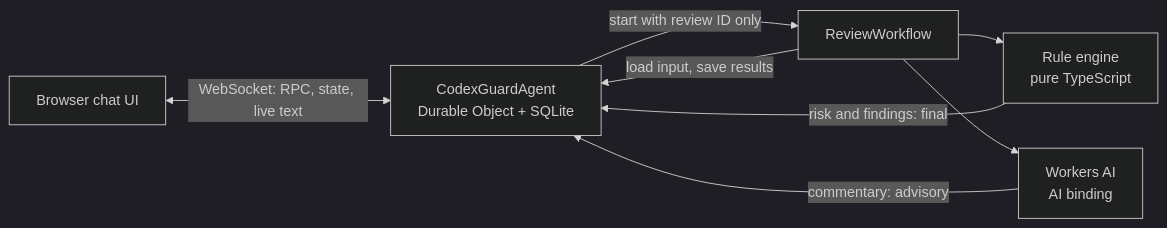
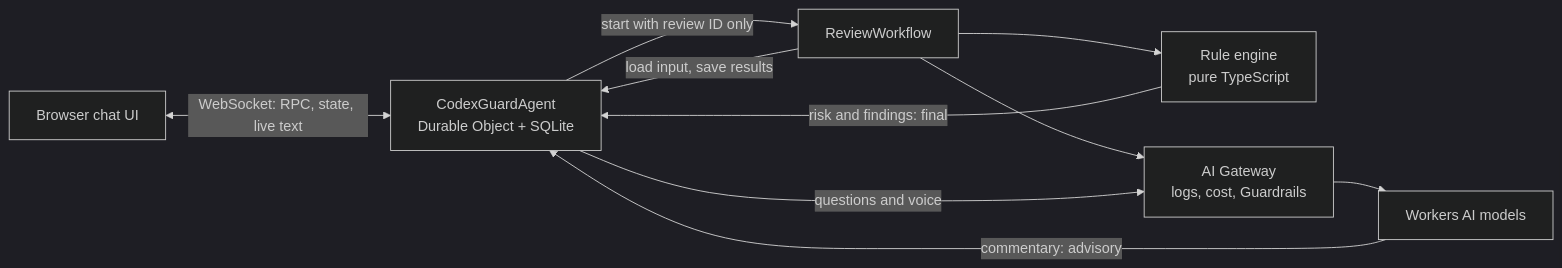
One commit to bartrumb/cf_ai_ask_brett changed the diagram in README.md. Above: the diagram before and after it, drawn with Mermaid (dark theme). The commit also changed other lines of this file and 1 other file, not shown here.

Commit message:
Document AI Gateway setup and monitoring

````diff
--- a/README.md
+++ b/README.md
@@ -21,10 +22,12 @@
 ```mermaid
 flowchart LR
   B[Browser chat UI] <-->|WebSocket: RPC, state, live text| A[CodexGuardAgent<br/>Durable Object + SQLite]
   A -->|start with review ID only| W[ReviewWorkflow]
   W -->|load input, save results| A
   W --> R[Rule engine<br/>pure TypeScript]
-  W --> L[Workers AI<br/>AI binding]
+  W --> G[AI Gateway<br/>logs, cost, Guardrails]
+  A -->|questions and voice| G
+  G --> L[Workers AI models]
   R -->|risk and findings: final| A
   L -->|commentary: advisory| A
 ```
````
